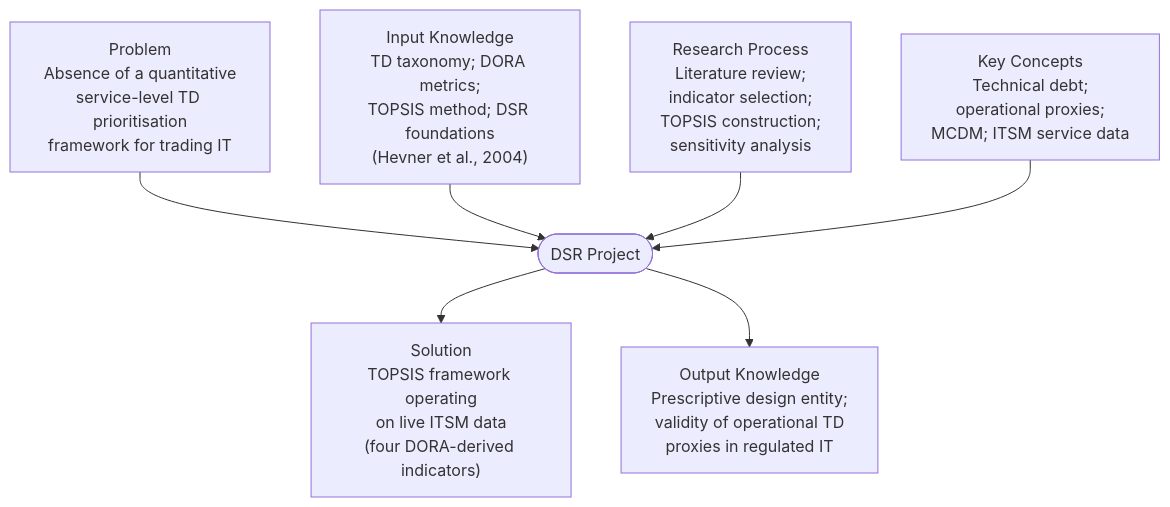
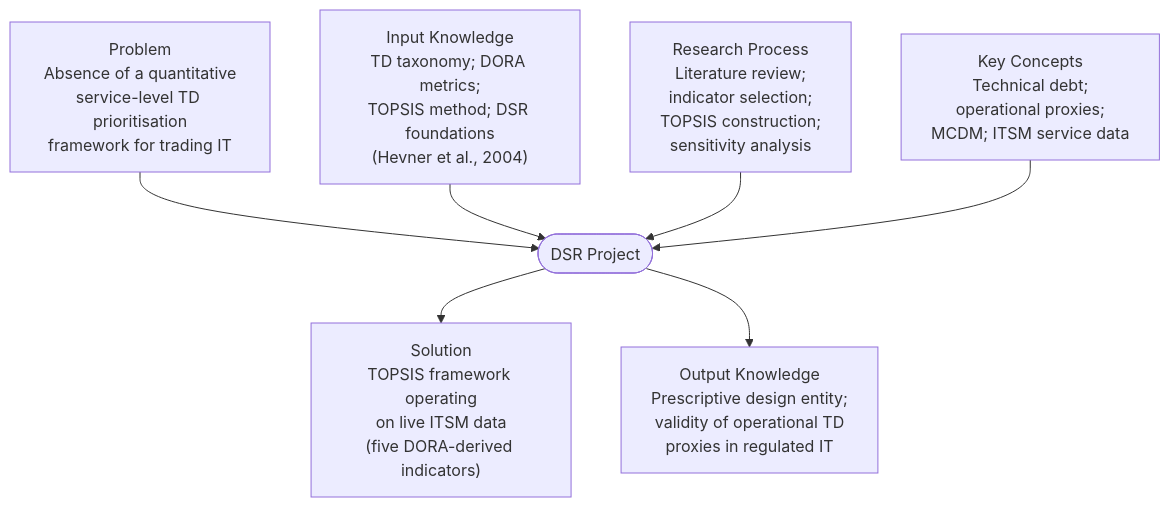
The first of 2 diagrams in MScProject/Chapters/3-methodology.qmd (TobiZeier/MScProject), drawn with Mermaid before and after one commit. The commit also changed other lines of this file and 8 other files, not shown here.

````diff
--- a/MScProject/Chapters/3-methodology.qmd
+++ b/MScProject/Chapters/3-methodology.qmd
@@ -30,21 +30,21 @@
 ```{mermaid}
 %%| label: fig-dsr-grid
 %%| fig-cap: "DSR Grid for the present study, adapted from vom Brocke, Hevner and Maedche (2020)"
 %%| fig-width: 6
 
 graph TD
     P["Problem<br/>Absence of a quantitative<br/>service-level TD prioritisation<br/>framework for trading IT"]
     IK["Input Knowledge<br/>TD taxonomy; DORA metrics;<br/>TOPSIS method; DSR foundations<br/>(Hevner et al., 2004)"]
     RP["Research Process<br/>Literature review;<br/>indicator selection;<br/>TOPSIS construction;<br/>sensitivity analysis"]
     KC["Key Concepts<br/>Technical debt;<br/>operational proxies;<br/>MCDM; ITSM service data"]
     DSR(["DSR Project"])
-    S["Solution<br/>TOPSIS framework operating<br/>on live ITSM data<br/>(four DORA-derived indicators)"]
+    S["Solution<br/>TOPSIS framework operating<br/>on live ITSM data<br/>(five DORA-derived indicators)"]
     OK["Output Knowledge<br/>Prescriptive design entity;<br/>validity of operational TD<br/>proxies in regulated IT"]
 
     P --> DSR
     IK --> DSR
     RP --> DSR
     KC --> DSR
     DSR --> S
     DSR --> OK
 ```
````
